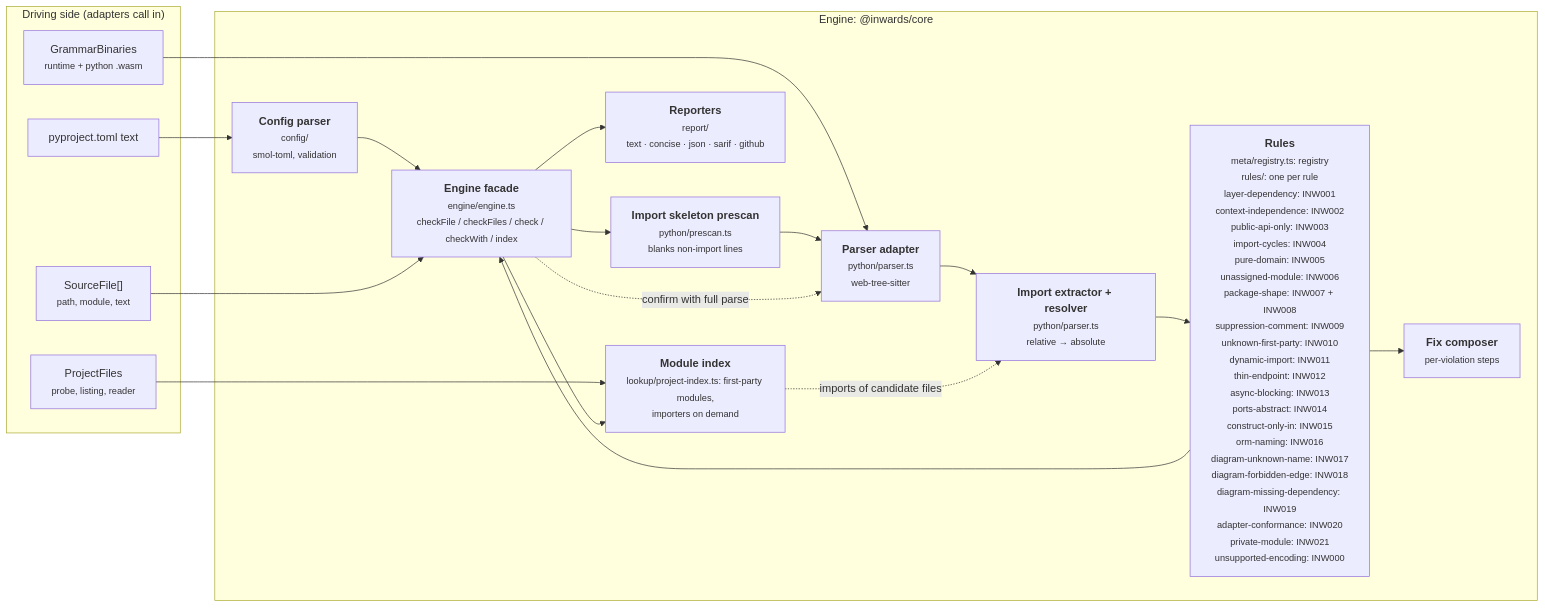
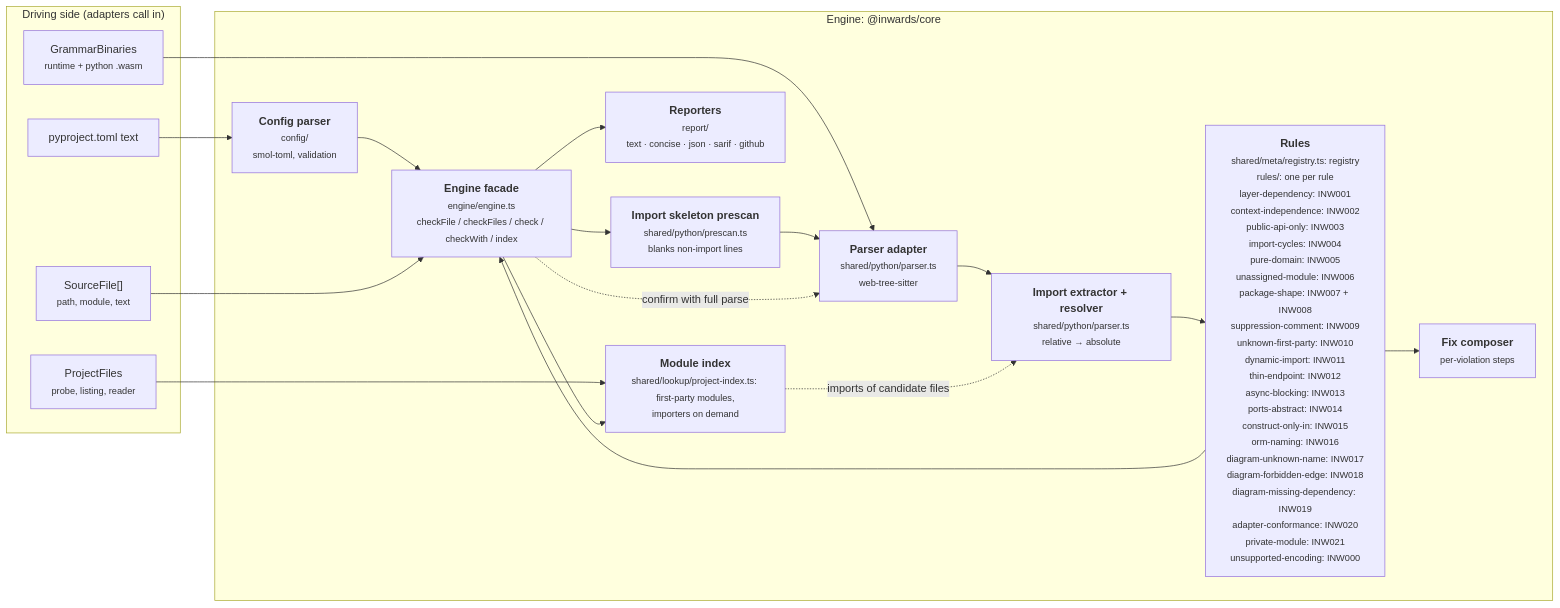
The third of 6 diagrams in docs/chapters/03-Architecture-C4.md (SirCypkowskyy/inwards), drawn with Mermaid before and after one commit. The commit also changed other lines of this file and 166 other files, not shown here.

````diff
--- a/docs/chapters/03-Architecture-C4.md
+++ b/docs/chapters/03-Architecture-C4.md
@@ -105,33 +105,33 @@
 ```mermaid
 flowchart LR
     subgraph driving["Driving side (adapters call in)"]
         files["SourceFile[]<br/><small>path, module, text</small>"]
         pfiles["ProjectFiles<br/><small>probe, listing, reader</small>"]
         cfgtext["pyproject.toml text"]
         wasm["GrammarBinaries<br/><small>runtime + python .wasm</small>"]
     end
 
     subgraph enginebox["Engine: @inwards/core"]
         config["<b>Config parser</b><br/><small>config/<br/>smol-toml, validation</small>"]
-        pre["<b>Import skeleton prescan</b><br/><small>python/prescan.ts<br/>blanks non-import lines</small>"]
-        parser["<b>Parser adapter</b><br/><small>python/parser.ts<br/>web-tree-sitter</small>"]
-        extract["<b>Import extractor + resolver</b><br/><small>python/parser.ts<br/>relative → absolute</small>"]
-        rules["<b>Rules</b><br/><small>meta/registry.ts: registry<br/>rules/: one per rule<br/>layer-dependency: INW001<br/>context-independence: INW002<br/>public-api-only: INW003<br/>import-cycles: INW004<br/>pure-domain: INW005<br/>unassigned-module: INW006<br/>package-shape: INW007 + INW008<br/>suppression-comment: INW009<br/>unknown-first-party: INW010<br/>dynamic-import: INW011<br/>thin-endpoint: INW012<br/>async-blocking: INW013<br/>ports-abstract: INW014<br/>construct-only-in: INW015<br/>orm-naming: INW016<br/>diagram-unknown-name: INW017<br/>diagram-forbidden-edge: INW018<br/>diagram-missing-dependency: INW019<br/>adapter-conformance: INW020<br/>private-module: INW021<br/>unsupported-encoding: INW000</small>"]
+        pre["<b>Import skeleton prescan</b><br/><small>shared/python/prescan.ts<br/>blanks non-import lines</small>"]
+        parser["<b>Parser adapter</b><br/><small>shared/python/parser.ts<br/>web-tree-sitter</small>"]
+        extract["<b>Import extractor + resolver</b><br/><small>shared/python/parser.ts<br/>relative → absolute</small>"]
+        rules["<b>Rules</b><br/><small>shared/meta/registry.ts: registry<br/>rules/: one per rule<br/>layer-dependency: INW001<br/>context-independence: INW002<br/>public-api-only: INW003<br/>import-cycles: INW004<br/>pure-domain: INW005<br/>unassigned-module: INW006<br/>package-shape: INW007 + INW008<br/>suppression-comment: INW009<br/>unknown-first-party: INW010<br/>dynamic-import: INW011<br/>thin-endpoint: INW012<br/>async-blocking: INW013<br/>ports-abstract: INW014<br/>construct-only-in: INW015<br/>orm-naming: INW016<br/>diagram-unknown-name: INW017<br/>diagram-forbidden-edge: INW018<br/>diagram-missing-dependency: INW019<br/>adapter-conformance: INW020<br/>private-module: INW021<br/>unsupported-encoding: INW000</small>"]
         fix["<b>Fix composer</b><br/><small>per-violation steps</small>"]
         report["<b>Reporters</b><br/><small>report/<br/>text · concise · json · sarif · github</small>"]
         engine["<b>Engine facade</b><br/><small>engine/engine.ts<br/>checkFile / checkFiles / check / checkWith / index</small>"]
-        modgraph["<b>Module index</b><br/><small>lookup/project-index.ts: first-party modules,<br/>importers on demand</small>"]
+        modgraph["<b>Module index</b><br/><small>shared/lookup/project-index.ts: first-party modules,<br/>importers on demand</small>"]
     end
 
     cfgtext --> config --> engine
     wasm --> parser
     files --> engine
     engine --> pre --> parser --> extract --> rules
     rules --> fix
     rules --> engine
     engine -. "confirm with full parse" .-> parser
     pfiles --> modgraph
     engine --> modgraph
     modgraph -. "imports of candidate files" .-> extract
     engine --> report
 ```
````
